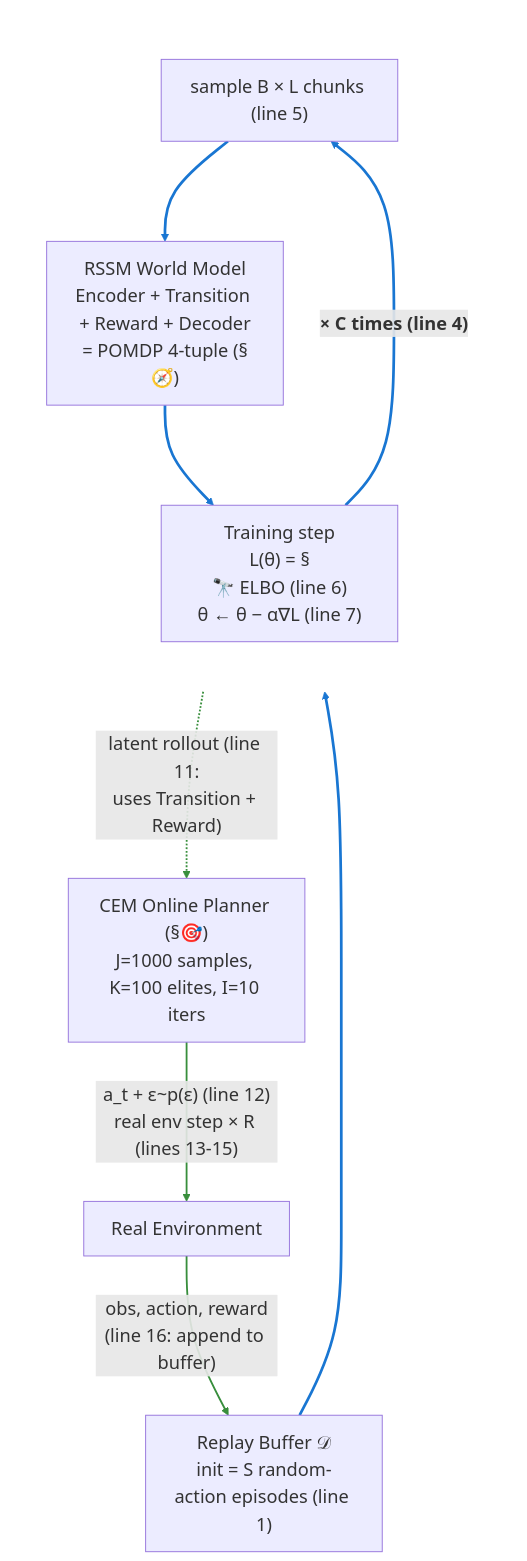
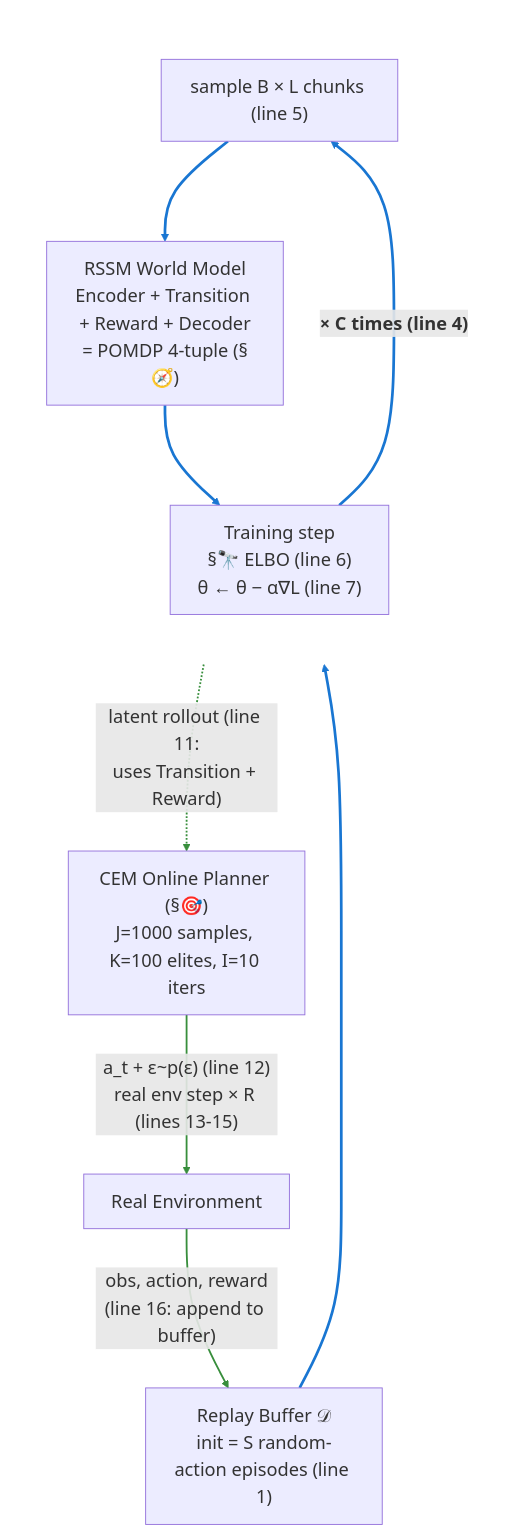
Before and after one commit to jinxinzhou/world-model-study: the seventh of 7 diagrams in World-Model-Study-Notes.md, drawn with Mermaid. The commit also changed 1 other file, not shown here.

Commit message:
docs: drop 'L(theta) =' from train box so ELBO line fits on one line

````diff
--- a/World-Model-Study-Notes.md
+++ b/World-Model-Study-Notes.md
@@ -2168,33 +2168,33 @@
 ```mermaid
 %%{init: {'themeVariables': {'fontSize': '20px'}, 'flowchart': {'nodeSpacing': 60, 'rankSpacing': 85}}}%%
 flowchart TD
     Env["Real Environment"]
     Buffer["Replay Buffer 𝒟<br/>init = S random-action episodes (line 1)"]
 
     subgraph A_phase [" "]
         direction TB
         Sample["sample B × L chunks (line 5)"]
         RSSM["RSSM World Model<br/>Encoder + Transition + Reward + Decoder<br/>= POMDP 4-tuple (§🧭)"]
-        Train["Training step<br/>L(θ)&nbsp;=&nbsp;§🔭&nbsp;ELBO&nbsp;(line&nbsp;6)<br/>θ ← θ − α∇L (line 7)"]
+        Train["Training step<br/>§🔭 ELBO (line 6)<br/>θ ← θ − α∇L (line 7)"]
         Train -->|"<b>× C times (line 4)</b>"| Sample
         Sample --> RSSM
         RSSM --> Train
     end
 
     CEM["CEM Online Planner (§🎯)<br/>J=1000 samples, K=100 elites, I=10 iters"]
 
     Env -->|"obs, action, reward<br/>(line 16: append to buffer)"| Buffer
     Buffer --> Sample
     RSSM -.->|"latent rollout (line 11:<br/>uses Transition + Reward)"| CEM
     CEM -->|"a_t + ε~p(ε) (line 12)<br/>real env step × R (lines 13-15)"| Env
 
     style A_phase fill:transparent,stroke:transparent
 
     linkStyle 0 stroke:#1976d2,stroke-width:3px
     linkStyle 1 stroke:#1976d2,stroke-width:3px
     linkStyle 2 stroke:#1976d2,stroke-width:3px
     linkStyle 3 stroke:#388e3c,stroke-width:2px
     linkStyle 4 stroke:#1976d2,stroke-width:3px
     linkStyle 5 stroke:#388e3c,stroke-width:2px
     linkStyle 6 stroke:#388e3c,stroke-width:2px
 ```
````
